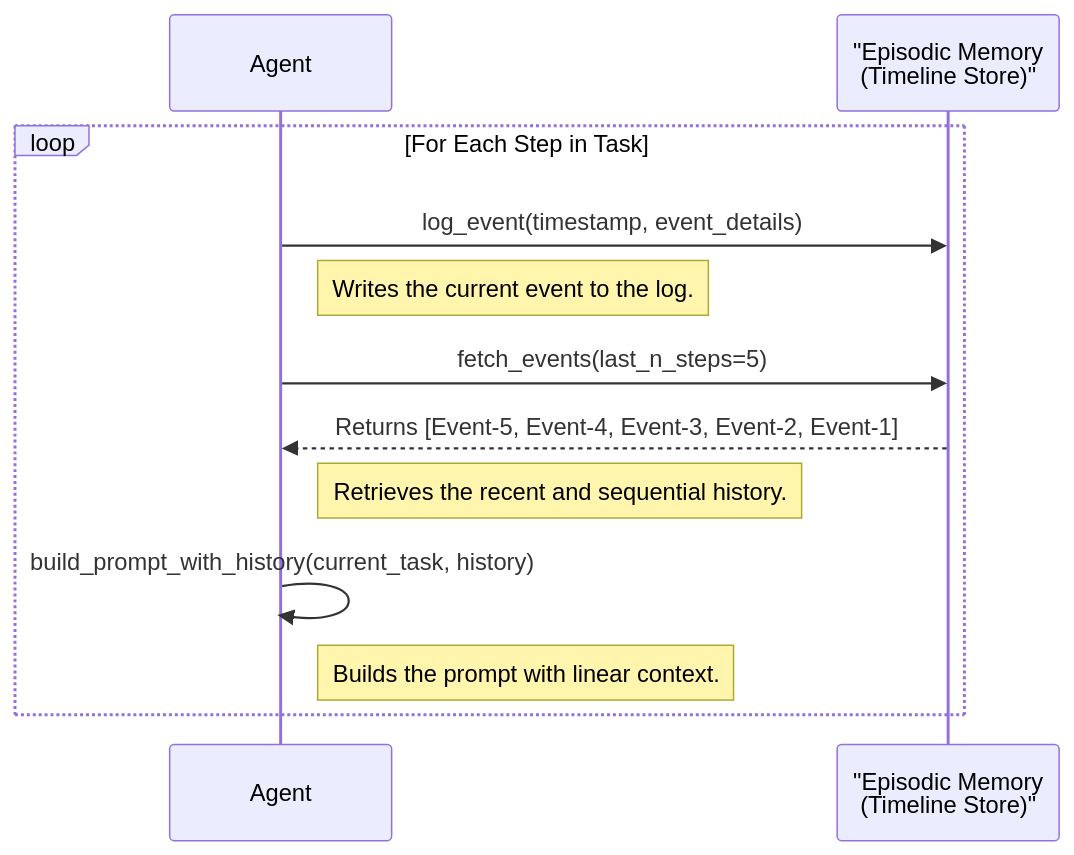
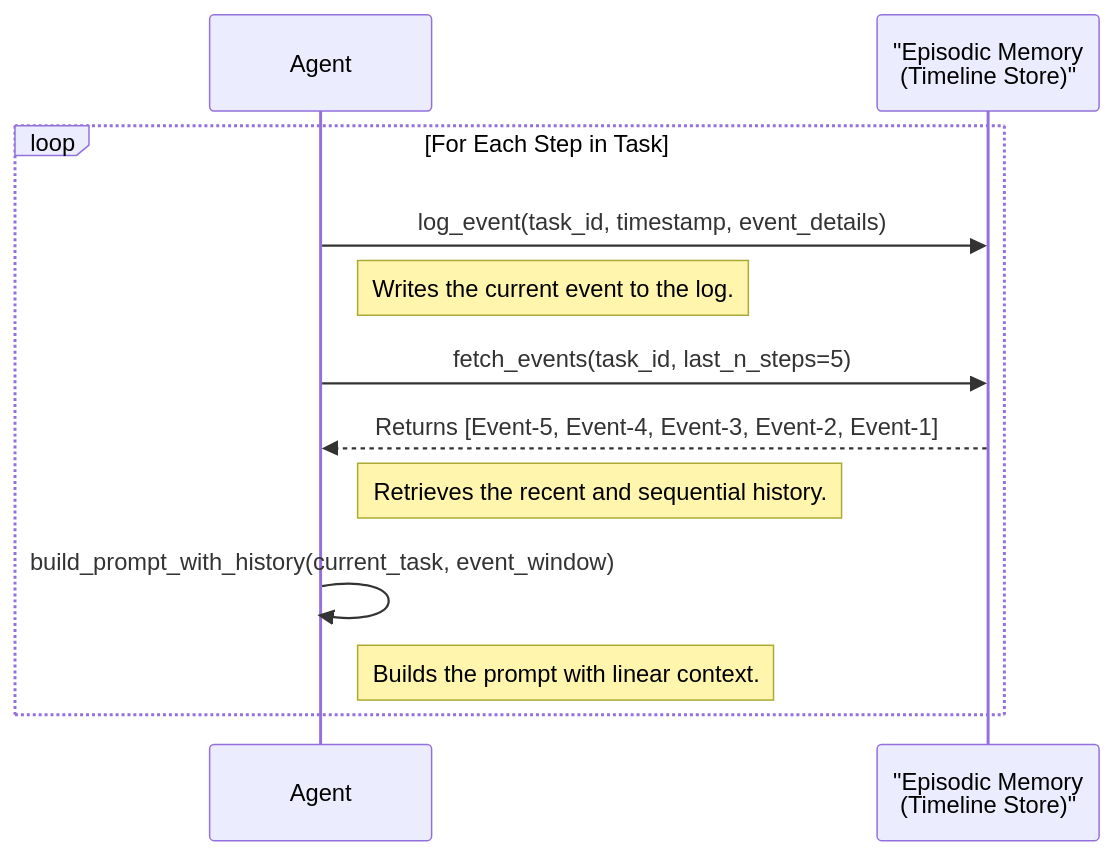
The first of 4 diagrams in publication/docs/blog/posts/091925-memory-in-agents.md (fmquaglia/principia-agentica), drawn with Mermaid before and after one commit. The commit also changed other lines of this file, not shown here.

First line of the commit message:
Refine "memory-in-agents" blog post for flow and clarity

````diff
--- a/publication/docs/blog/posts/091925-memory-in-agents.md
+++ b/publication/docs/blog/posts/091925-memory-in-agents.md
@@ -69,18 +83,17 @@
 ```mermaid
 %% Diagrama de Memoria Episódica - El Log Lineal de Eventos
 
 sequenceDiagram
     participant Agent
     participant EpisodicStore as "Episodic Memory<br>(Timeline Store)"
 
     loop For Each Step in Task
-        Agent ->> EpisodicStore: log_event(timestamp, event_details)
+        Agent->>EpisodicStore: log_event(task_id, timestamp, event_details)
         Note right of Agent: Writes the current event to the log.
-        Agent ->> EpisodicStore: fetch_events(last_n_steps=5)
-        EpisodicStore -->> Agent: Returns [Event-5, Event-4, Event-3, Event-2, Event-1]
+        Agent->>EpisodicStore: fetch_events(task_id, last_n_steps=5)
+        EpisodicStore-->>Agent: Returns [Event-5, Event-4, Event-3, Event-2, Event-1]
         Note right of Agent: Retrieves the recent and sequential history.
-        Agent ->> Agent: build_prompt_with_history(current_task, history)
+        Agent->>Agent: build_prompt_with_history(current_task, event_window)
         Note right of Agent: Builds the prompt with linear context.
     end
-
 ```
````
